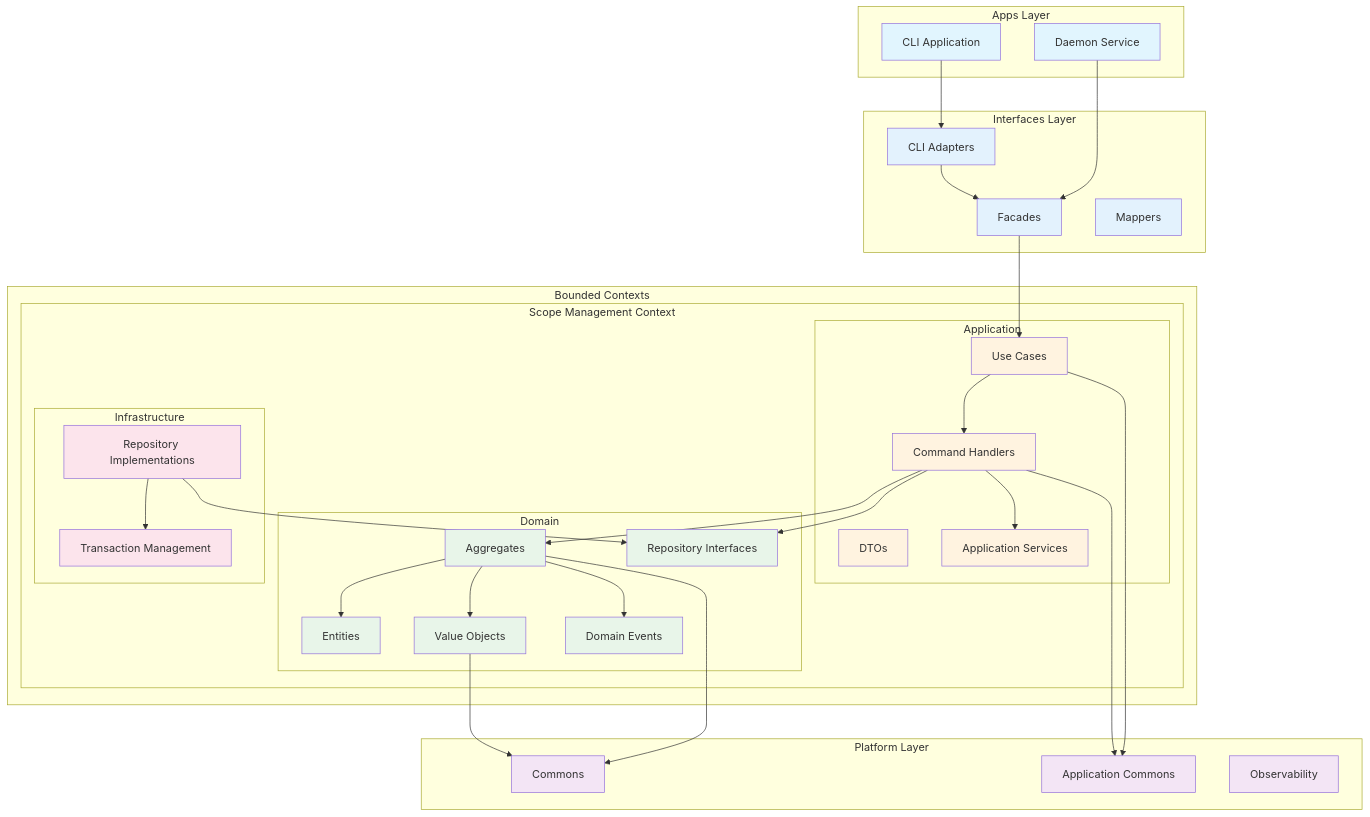
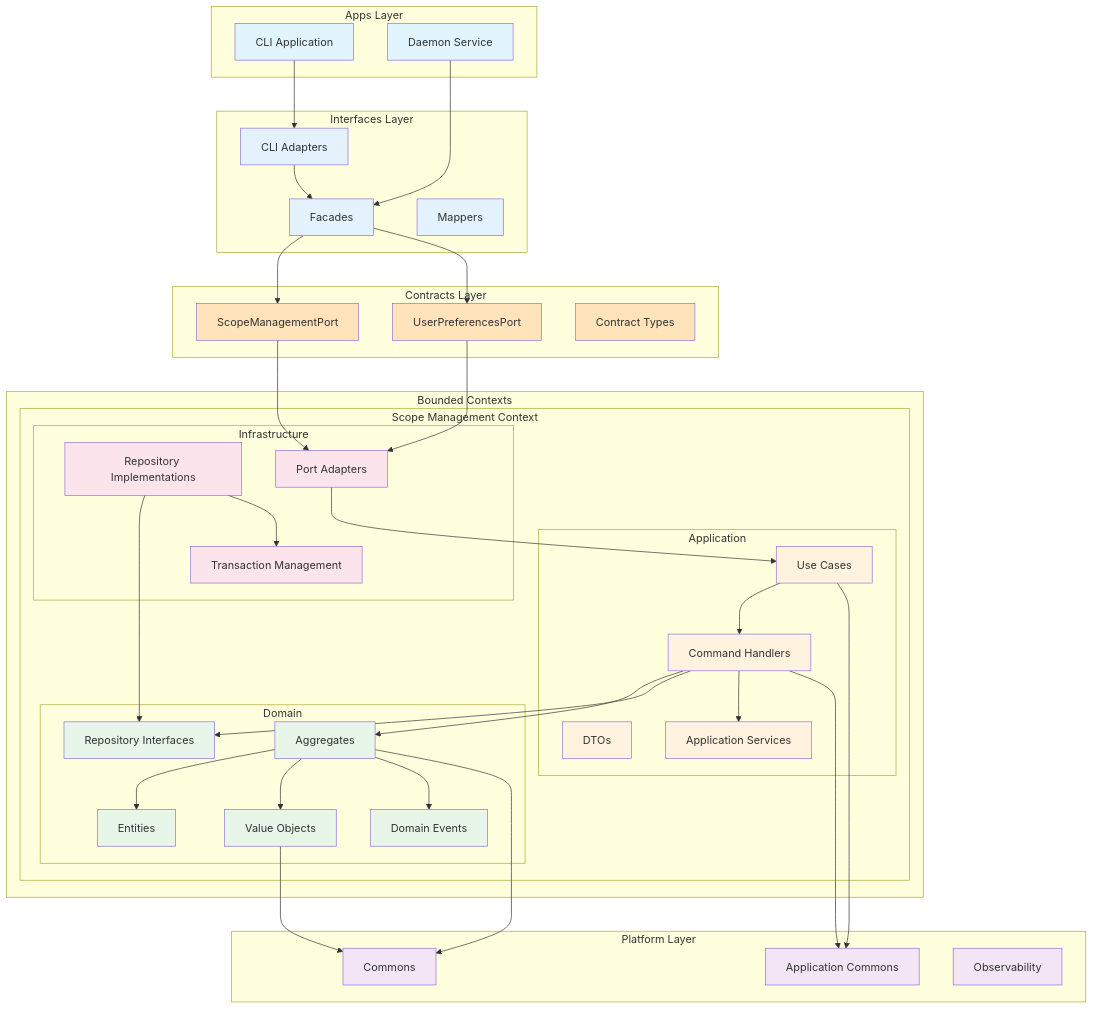
The diagram in docs/explanation/clean-architecture.md (kamiazya/scopes), drawn with Mermaid before and after one commit. The commit also changed other lines of this file and 54 other files, not shown here.

````diff
--- a/docs/explanation/clean-architecture.md
+++ b/docs/explanation/clean-architecture.md
@@ -17,6 +17,12 @@
         CLIADAPTER[CLI Adapters]
         FACADE[Facades]
         MAPPER[Mappers]
+    end
+    
+    subgraph "Contracts Layer"
+        SMP[ScopeManagementPort]
+        UPP[UserPreferencesPort]
+        CONTRACTS[Contract Types]
     end
     
     subgraph "Bounded Contexts"
@@ -39,6 +45,7 @@
             subgraph "Infrastructure"
                 IMPL[Repository Implementations]
                 TRANS[Transaction Management]
+                ADAPTERS[Port Adapters]
             end
         end
     end
@@ -53,7 +60,12 @@
     DAEMON --> FACADE
     
     CLIADAPTER --> FACADE
-    FACADE --> UC
+    FACADE --> SMP
+    FACADE --> UPP
+    
+    SMP --> ADAPTERS
+    UPP --> ADAPTERS
+    ADAPTERS --> UC
     
     UC --> CMD
     CMD --> AGG
@@ -74,6 +86,7 @@
     
     classDef apps fill:#e1f5fe
     classDef interfaces fill:#e3f2fd
+    classDef contracts fill:#ffe3ba
     classDef application fill:#fff3e0
     classDef domain fill:#e8f5e9
     classDef infrastructure fill:#fce4ec
@@ -81,8 +94,9 @@
     
     class CLI,DAEMON apps
     class CLIADAPTER,FACADE,MAPPER interfaces
+    class SMP,UPP,CONTRACTS contracts
     class UC,CMD,DTO,APPSERVICE application
     class AGG,ENT,VO,EVT,REPO domain
-    class IMPL,TRANS infrastructure
+    class IMPL,TRANS,ADAPTERS infrastructure
     class COMMONS,APPCOMMONS,OBS platform
 ```
````
